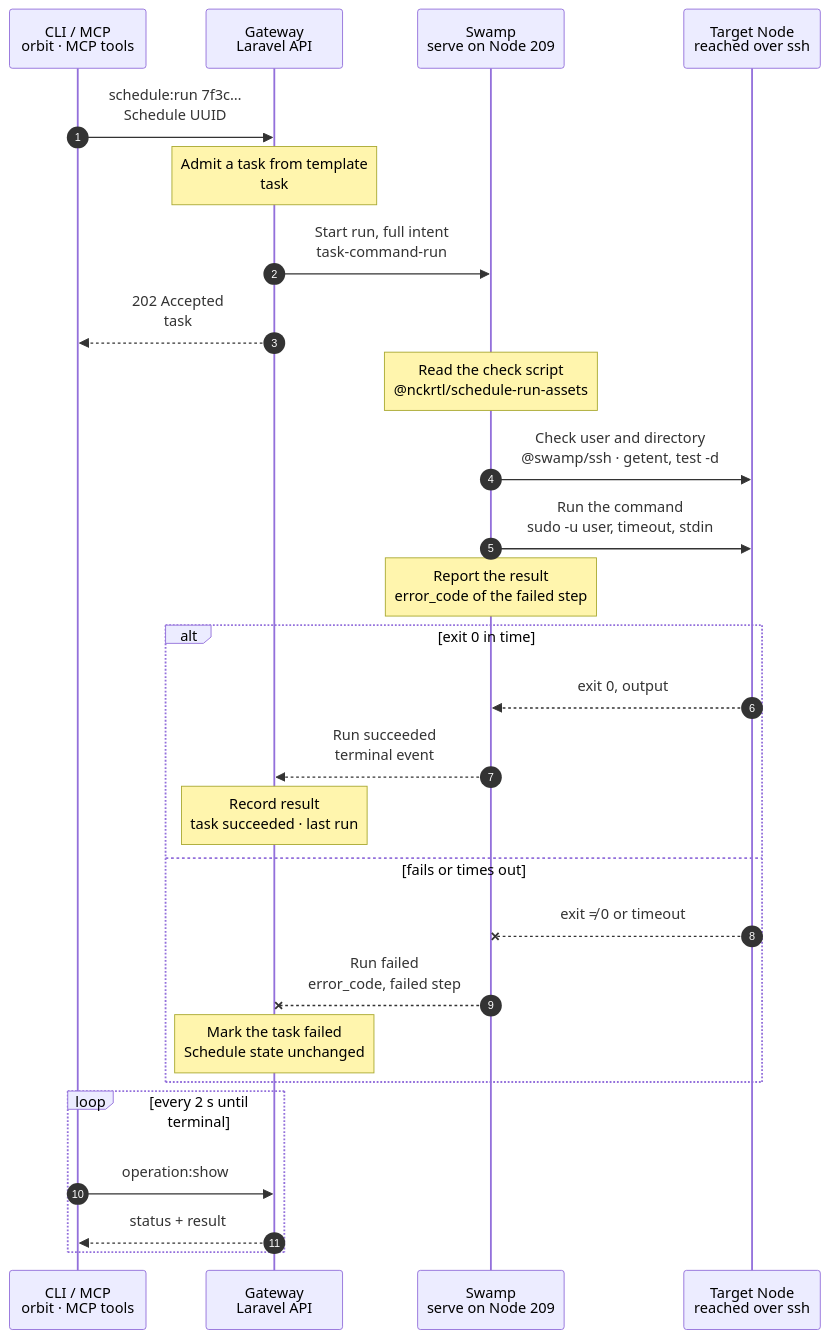
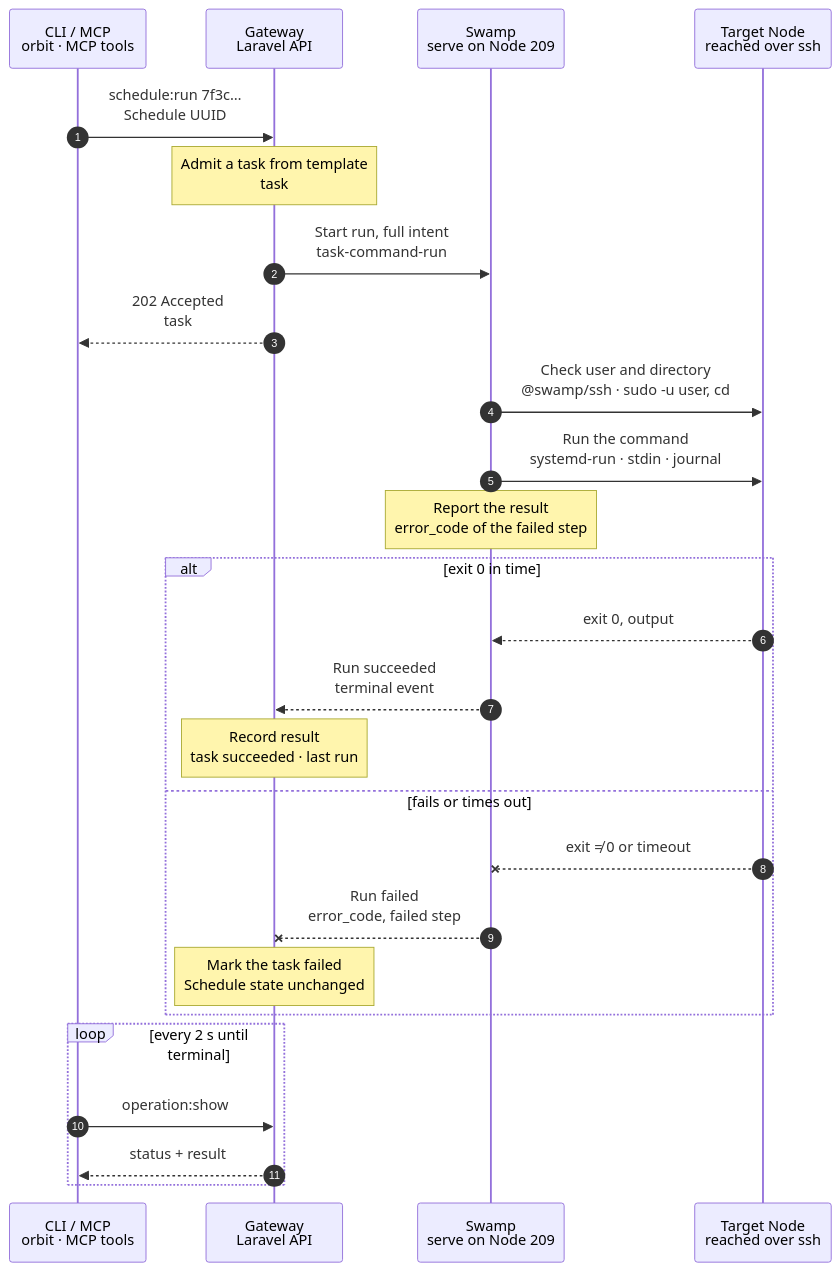
The diagram in docs/flows/schedule.run.mmd (hardimpactdev/orbit), drawn with Mermaid before and after one commit. The commit also changed 11 other files, not shown here.

First line of the commit message:
refactor(schedules): schedule.run runs as one systemd-run exec argv; its two shipped scripts are gone (rule 22)

```diff
--- a/docs/flows/schedule.run.mmd
+++ b/docs/flows/schedule.run.mmd
@@ -1,101 +1,98 @@
 sequenceDiagram
   %% Target design: ADR 0244 one task system, native Swamp schedules; DECISIONS Schedules (Nick 2026-11-02), R2-R4.
   %% status: draft
   %% command: schedule:run
   autonumber
   %% lane CLI icon=terminal pill=caller tone=gray
   %% lane GW icon=gateway pill=intent tone=blue
   %% lane SW icon=workflow pill=executes tone=green
   %% lane N icon=server pill=target tone=amber
   participant CLI as CLI / MCP<br/>orbit · MCP tools
   participant GW as Gateway<br/>Laravel API
   participant SW as Swamp<br/>serve on Node 209
   participant N as Target Node<br/>reached over ssh
   CLI->>GW: schedule:run 7f3c…<br/>Schedule UUID
   %%> Command:
   %%> - `orbit schedule:run 7f3c9a2e-41d0-4b8a-9c11-2f6e0d5b7a10`
   %%> - syntax: `<uuid> [--idempotency-key=KEY] [--json]`
   %%> Input:
   %%> - the UUID of the Schedule, as `schedule:list` shows it
   %%> Not changed:
   %%> - the Schedule's timing; the next calendar fire stays as it was
   %%> - an enabled Schedule stays enabled, and a disabled one stays disabled
   Note over GW: Admit a task from template<br/>task #5140 · trigger: operator
   %%> Requirements:
   %%> - your Node has an access grant to Node 12, which runs Instance 42
   %%> - Schedule 7f3c… is active, enabled or disabled
   %%> - Instance 42 is still on Node 12
   %%> Result:
   %%> - task #5140 recorded from the Schedule's template, with trigger `operator`
   %%> - the same intent a calendar fire gets: user, working directory, shell, timeout and command
   GW->>SW: Start run, full intent<br/>task-command-run
   %%> What it does:
   %%> - starts one root run of `task-command-run` on serve (Node 209), the workflow each calendar fire of `schedule-7f3c…` runs nested
   %%> Why not `schedule-7f3c…` itself:
   %%> - its inputs are fixed and carry no task number; the task's own run carries it, so the Gateway projects it like any task
   %%> - every root run of `schedule-7f3c…` is then a calendar fire
   %%> Inputs:
   %%> - Node 12's address and SSH host keys; the SSH identity comes from the `swamp` role
   %%> - the user, the working directory, the shell and the timeout
   %%> - the command's vault key name, never the command (R3)
   GW-->>CLI: 202 Accepted<br/>task #5140
   %%> What you get:
   %%> - the task number, at once
   %%> Next:
   %%> - the CLI follows the task with `operation:show`
-  Note over SW: Read the check script<br/>@nckrtl/schedule-run-assets
+  SW->>N: Check user and directory<br/>@swamp/ssh · sudo -u user, cd
   %%> What it does:
-  %%> - reads the shipped check script on 209, to send it over SSH in argv
-  SW->>N: Check user and directory<br/>@swamp/ssh · getent, test -d
-  %%> What it does:
-  %%> - checks that the Schedule's user exists on Node 12, with its home, shell and group
-  %%> - checks that the user can enter the working directory, for example the Instance's application directory
-  %%> - checks the command's hash against the recorded one, with the command on stdin
+  %%> - checks, as the Schedule's user on Node 12, that the user exists and can enter the working directory, for example the Instance's application directory
+  %%> - an empty working directory is the user's home
   %%> Why:
   %%> - the command fails early with a clear error instead of half-running
-  SW->>N: Run the command<br/>sudo -u user, timeout, stdin
+  SW->>N: Run the command<br/>systemd-run · stdin · journal
   %%> How:
   %%> - reads the command with `vault.get` and sends it to Node 12 on stdin, never in argv
+  %%> - one transient systemd unit runs it; `systemd-cat` sends its output to the Node journal as `orbit-schedule-<uuid>`
   %%> Runs as:
-  %%> - the Schedule's user, in its working directory, with its shell
+  %%> - the Schedule's user, in its working directory, with its shell (a login shell when the Schedule says so)
   %%> - production Instances resolve `current` at start, so a new release changes later runs
   %%> Timeout:
-  %%> - the Schedule's timeout is the run's time budget
+  %%> - the Schedule's timeout is the unit's runtime limit; systemd stops it then, and kills it 5 seconds later
   Note over SW: Report the result<br/>error_code of the failed step
   %%> What it does:
   %%> - prints the public result on 209: ready, or `schedule.target_unavailable`, `schedule.artifact_conflict` or `schedule.run_failed`
   alt exit 0 in time
     N-->>SW: exit 0, output
     %%> Returns:
     %%> - the exit code; the output stays in the Swamp step
     SW-->>GW: Run succeeded<br/>terminal event
     %%> How the Gateway learns it:
     %%> - its shared run reader sees the terminal event; Swamp never calls the Gateway
     Note over GW: Record result<br/>task succeeded · last run
     %%> Result:
     %%> - task #5140 succeeds
     %%> - `last_run_at` and `last_run_status` of Schedule 7f3c… are set
   else fails or times out
     N--xSW: exit ≠ 0 or timeout
     %%> When:
     %%> - the user or directory is missing, SSH fails, the command exits non-zero, or it runs past its timeout
     SW--xGW: Run failed<br/>error_code, failed step
     %%> The Gateway reads:
     %%> - which step failed and its error code
     Note over GW: Mark the task failed<br/>Schedule state unchanged
     %%> Result:
     %%> - task #5140 fails; the Schedule's last run is marked as an error
     %%> - the Schedule itself and its trigger stay as they were
     %%> On the Node:
     %%> - whatever the command changed before it failed stays; Orbit does not roll it back
     %%> Retry:
     %%> - run `schedule:run` again after fixing the cause; it is a new task
   end
   loop every 2 s until terminal
     CLI->>GW: operation:show #5140
     %%> What it does:
     %%> - asks for the task's status every 2 seconds until it has ended
     GW-->>CLI: status + result
     %%> Returns:
     %%> - the current status, and the result once the task has ended
   end
```
